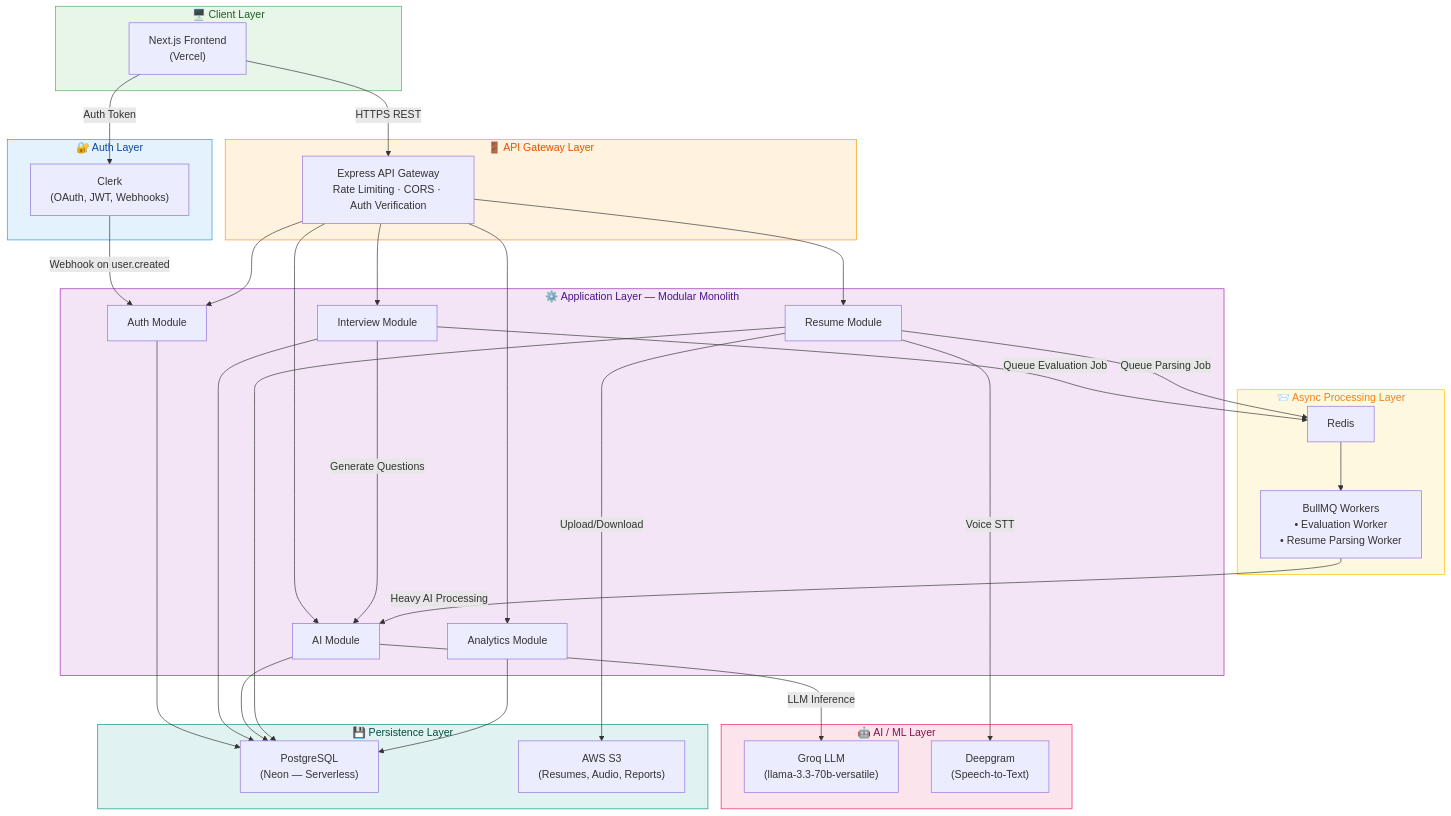
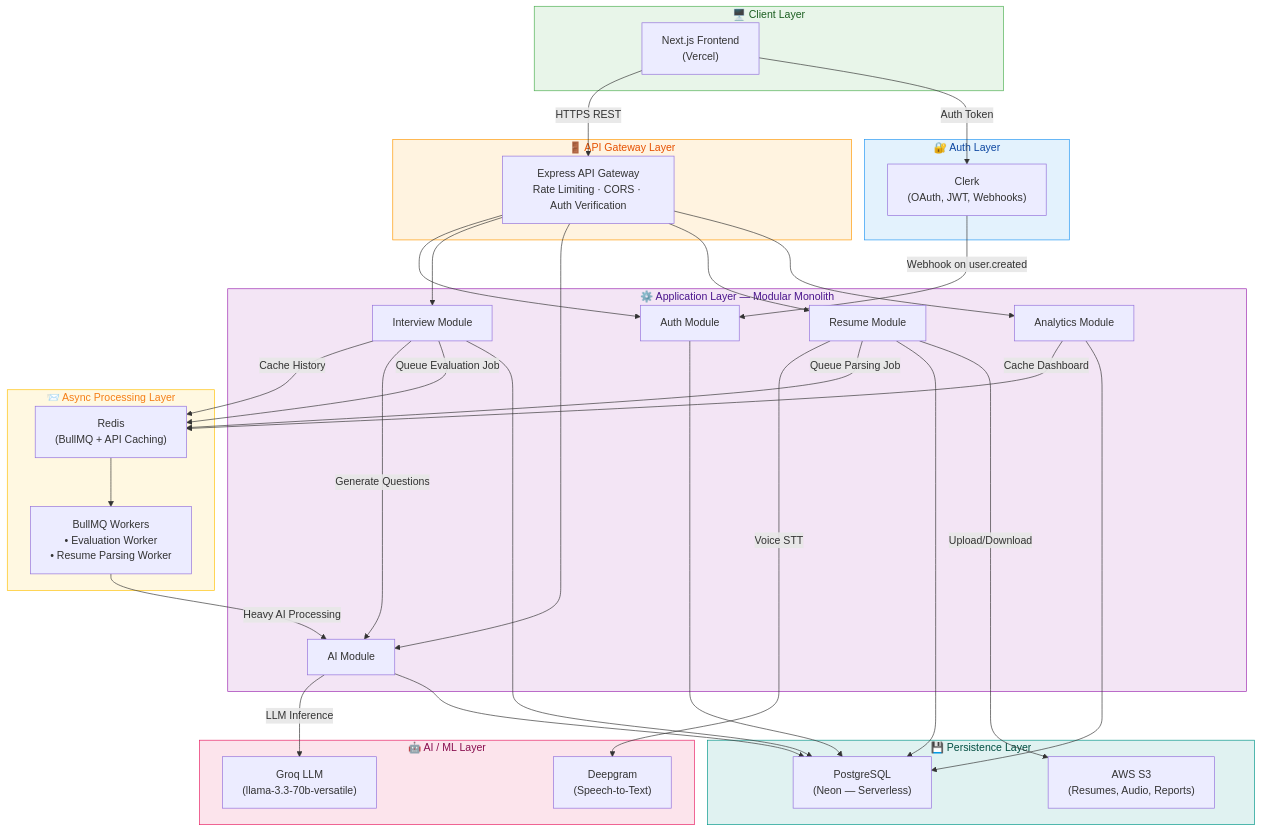
Before and after one commit to IshaanAggrawal/AI_Interviewer_platform: the first of 4 diagrams in README.md, drawn with Mermaid. The commit also changed other lines of this file and 28 other files, not shown here.

````diff
--- a/README.md
+++ b/README.md
@@ -19,70 +19,73 @@
 ```mermaid
 graph TB
     subgraph Client["🖥️ Client Layer"]
         FE["Next.js Frontend<br/>(Vercel)"]
     end
 
     subgraph Gateway["🚪 API Gateway Layer"]
         AG["Express API Gateway<br/>Rate Limiting · CORS · Auth Verification"]
     end
 
     subgraph Auth["🔐 Auth Layer"]
         CL["Clerk<br/>(OAuth, JWT, Webhooks)"]
     end
 
     subgraph Services["⚙️ Application Layer — Modular Monolith"]
         AS["Auth Module"]
         IS["Interview Module"]
         AIS["AI Module"]
         RS["Resume Module"]
         ANS["Analytics Module"]
     end
 
     subgraph AI["🤖 AI / ML Layer"]
         GROQ["Groq LLM<br/>(llama-3.3-70b-versatile)"]
         DG["Deepgram<br/>(Speech-to-Text)"]
     end
 
     subgraph Queue["📨 Async Processing Layer"]
-        REDIS["Redis"]
+        REDIS["Redis<br/>(BullMQ + API Caching)"]
         BQ["BullMQ Workers<br/>• Evaluation Worker<br/>• Resume Parsing Worker"]
     end
 
     subgraph Storage["💾 Persistence Layer"]
         PG["PostgreSQL<br/>(Neon — Serverless)"]
         S3["AWS S3<br/>(Resumes, Audio, Reports)"]
     end
 
     FE -->|HTTPS REST| AG
     FE -->|Auth Token| CL
     CL -->|Webhook on user.created| AS
     AG --> AS
     AG --> IS
     AG --> AIS
     AG --> RS
     AG --> ANS
+    
+    ANS -->|Cache Dashboard| REDIS
+    IS -->|Cache History| REDIS
 
     IS -->|Generate Questions| AIS
     AIS -->|LLM Inference| GROQ
     RS -->|Voice STT| DG
 
     IS -->|Queue Evaluation Job| REDIS
     RS -->|Queue Parsing Job| REDIS
     REDIS --> BQ
     BQ -->|Heavy AI Processing| AIS
 
     AS --> PG
     IS --> PG
     AIS --> PG
     RS --> PG
     ANS --> PG
     RS -->|Upload/Download| S3
 
     style Client fill:#e8f5e9,stroke:#4caf50,color:#1b5e20
     style Gateway fill:#fff3e0,stroke:#ff9800,color:#e65100
     style Auth fill:#e3f2fd,stroke:#2196f3,color:#0d47a1
     style Services fill:#f3e5f5,stroke:#9c27b0,color:#4a148c
     style AI fill:#fce4ec,stroke:#e91e63,color:#880e4f
     style Queue fill:#fff8e1,stroke:#ffc107,color:#f57f17
     style Storage fill:#e0f2f1,stroke:#009688,color:#004d40
 ```
````
